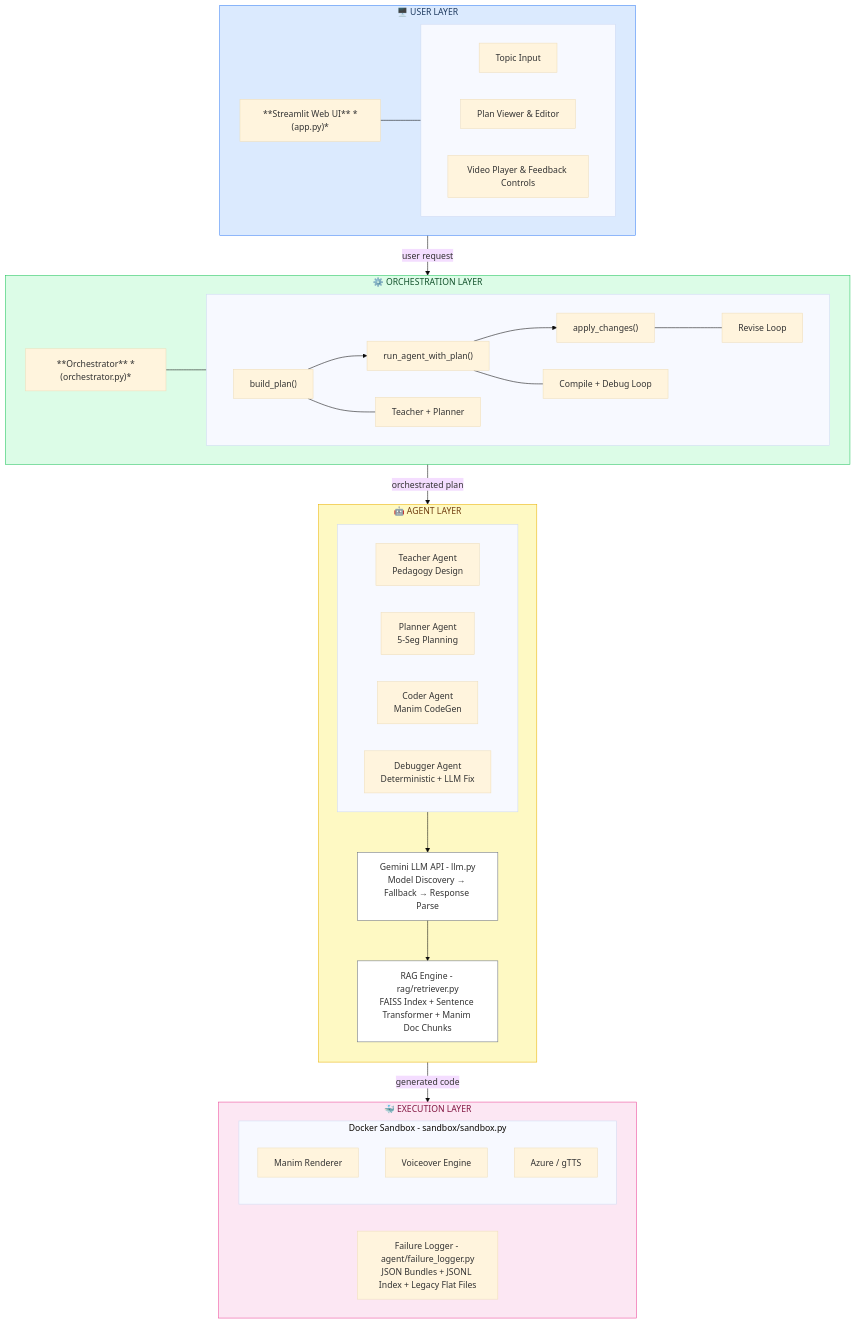
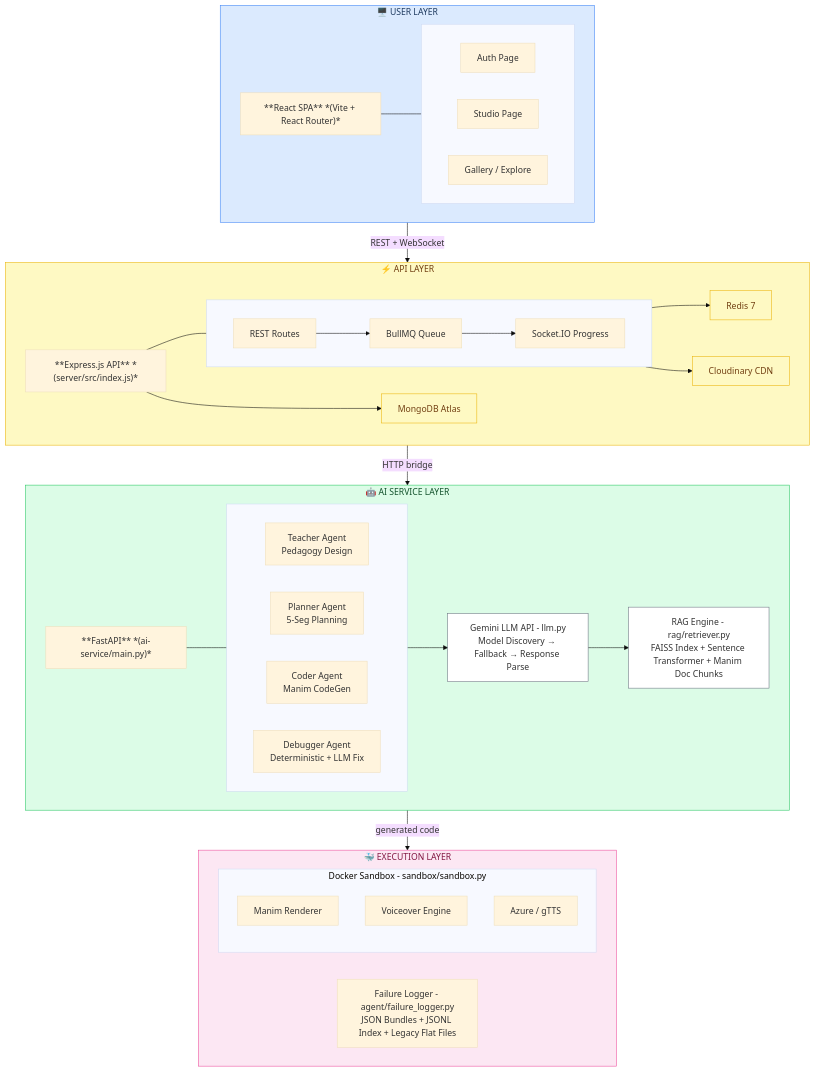
One commit to Manish-Sharma26/AnimAi changed the second of 11 diagrams in PROJECT_REPORT.md. Above: the diagram before and after it, drawn with Mermaid (base theme). The commit also changed other lines of this file and 17 other files, not shown here.

````diff
--- a/PROJECT_REPORT.md
+++ b/PROJECT_REPORT.md
@@ -567,60 +710,68 @@
 ```mermaid
 flowchart TD
     subgraph UL[" 🖥️  USER LAYER "]
-        UI["**Streamlit Web UI** *(app.py)*"]
+        UI["**React SPA** *(Vite + React Router)*"]
         subgraph UI_INNER[" "]
             direction LR
-            A1[Topic Input]
-            A2[Plan Viewer & Editor]
-            A3[Video Player & Feedback Controls]
+            A1[Auth Page]
+            A2[Studio Page]
+            A3[Gallery / Explore]
         end
         UI --- UI_INNER
     end
 
-    subgraph OL[" ⚙️  ORCHESTRATION LAYER "]
-        ORC["**Orchestrator** *(orchestrator.py)*"]
-        subgraph ORC_INNER[" "]
+    subgraph BL[" ⚡  API LAYER "]
+        API["**Express.js API** *(server/src/index.js)*"]
+        subgraph API_INNER[" "]
             direction LR
-            O1["build_plan()"] --> O2["run_agent_with_plan()"] --> O3["apply_changes()"]
-            O1 --- TP[Teacher + Planner]
-            O2 --- CD[Compile + Debug Loop]
-            O3 --- RL[Revise Loop]
+            B1["REST Routes"] --> B2["BullMQ Queue"]
+            B2 --> B3["Socket.IO Progress"]
         end
-        ORC --- ORC_INNER
+        API --- API_INNER
+        DB["MongoDB Atlas"]
+        RD["Redis 7"]
+        CLD["Cloudinary CDN"]
+        API --> DB
+        B2 --> RD
+        B3 --> CLD
     end
 
-    subgraph AL[" 🤖  AGENT LAYER "]
-        direction TB
+    subgraph PL[" 🤖  AI SERVICE LAYER "]
+        FAST["**FastAPI** *(ai-service/main.py)*"]
         subgraph AGENTS[" "]
             direction LR
             AG1["Teacher Agent<br/>Pedagogy Design"]
             AG2["Planner Agent<br/>5-Seg Planning"]
             AG3["Coder Agent<br/>Manim CodeGen"]
             AG4["Debugger Agent<br/>Deterministic + LLM Fix"]
         end
         LLM["Gemini LLM API - llm.py<br/>Model Discovery → Fallback → Response Parse"]
         RAG["RAG Engine - rag/retriever.py<br/>FAISS Index + Sentence Transformer + Manim Doc Chunks"]
+        FAST --- AGENTS
         AGENTS --> LLM --> RAG
     end
 
     subgraph EL[" 🐳  EXECUTION LAYER "]
         direction LR
         subgraph DOCKER["Docker Sandbox - sandbox/sandbox.py"]
             E1[Manim Renderer]
             E2[Voiceover Engine]
             E3[Azure / gTTS]
         end
         FL["Failure Logger - agent/failure_logger.py<br/>JSON Bundles + JSONL Index + Legacy Flat Files"]
     end
 
-    UL -->|user request| OL
-    OL -->|orchestrated plan| AL
-    AL -->|generated code| EL
+    UL -->|REST + WebSocket| BL
+    BL -->|HTTP bridge| PL
+    PL -->|generated code| EL
 
     style UL fill:#dbeafe,stroke:#3b82f6,color:#1e3a5f
-    style OL fill:#dcfce7,stroke:#22c55e,color:#14532d
-    style AL fill:#fef9c3,stroke:#eab308,color:#713f12
+    style BL fill:#fef9c3,stroke:#eab308,color:#713f12
+    style PL fill:#dcfce7,stroke:#22c55e,color:#14532d
     style EL fill:#fce7f3,stroke:#ec4899,color:#831843
     style LLM fill:#ffffff,stroke:#6b7280
     style RAG fill:#ffffff,stroke:#6b7280
+    style DB fill:#fef9c3,stroke:#eab308,color:#713f12
+    style RD fill:#fef9c3,stroke:#eab308,color:#713f12
+    style CLD fill:#fef9c3,stroke:#eab308,color:#713f12
 ```
````
